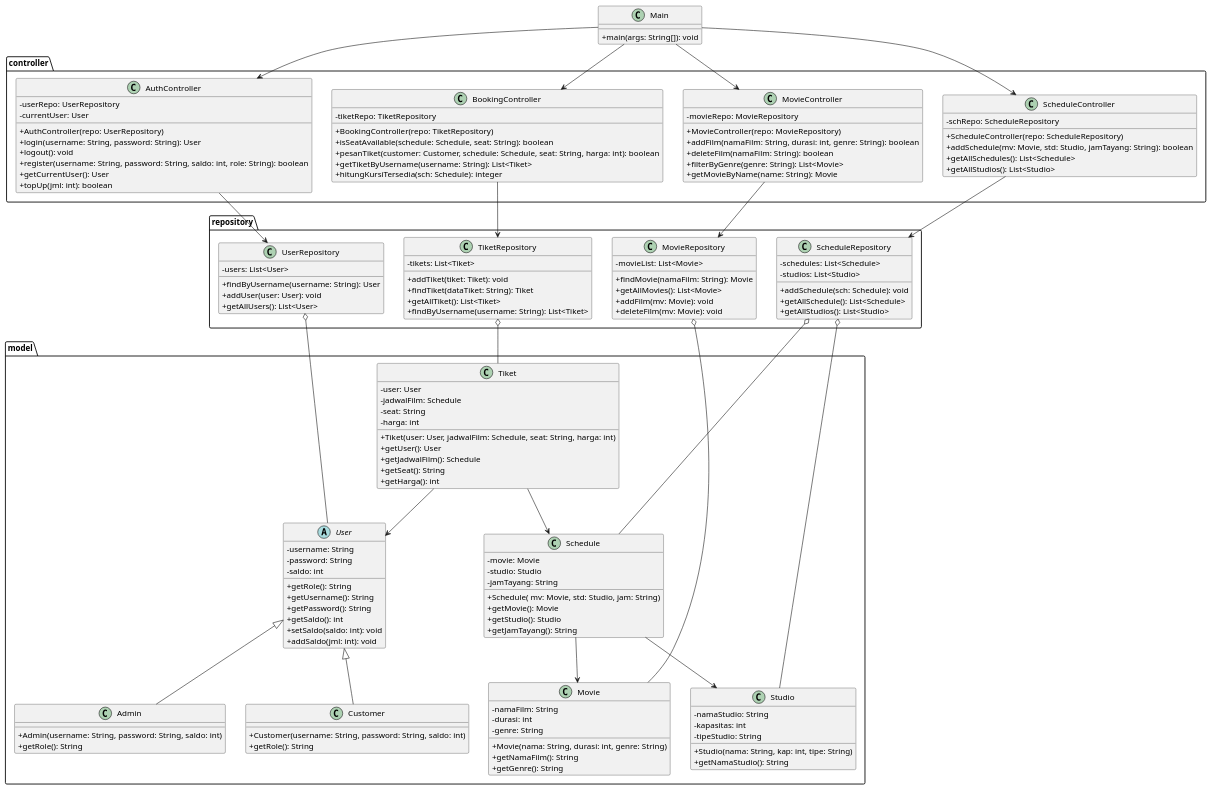
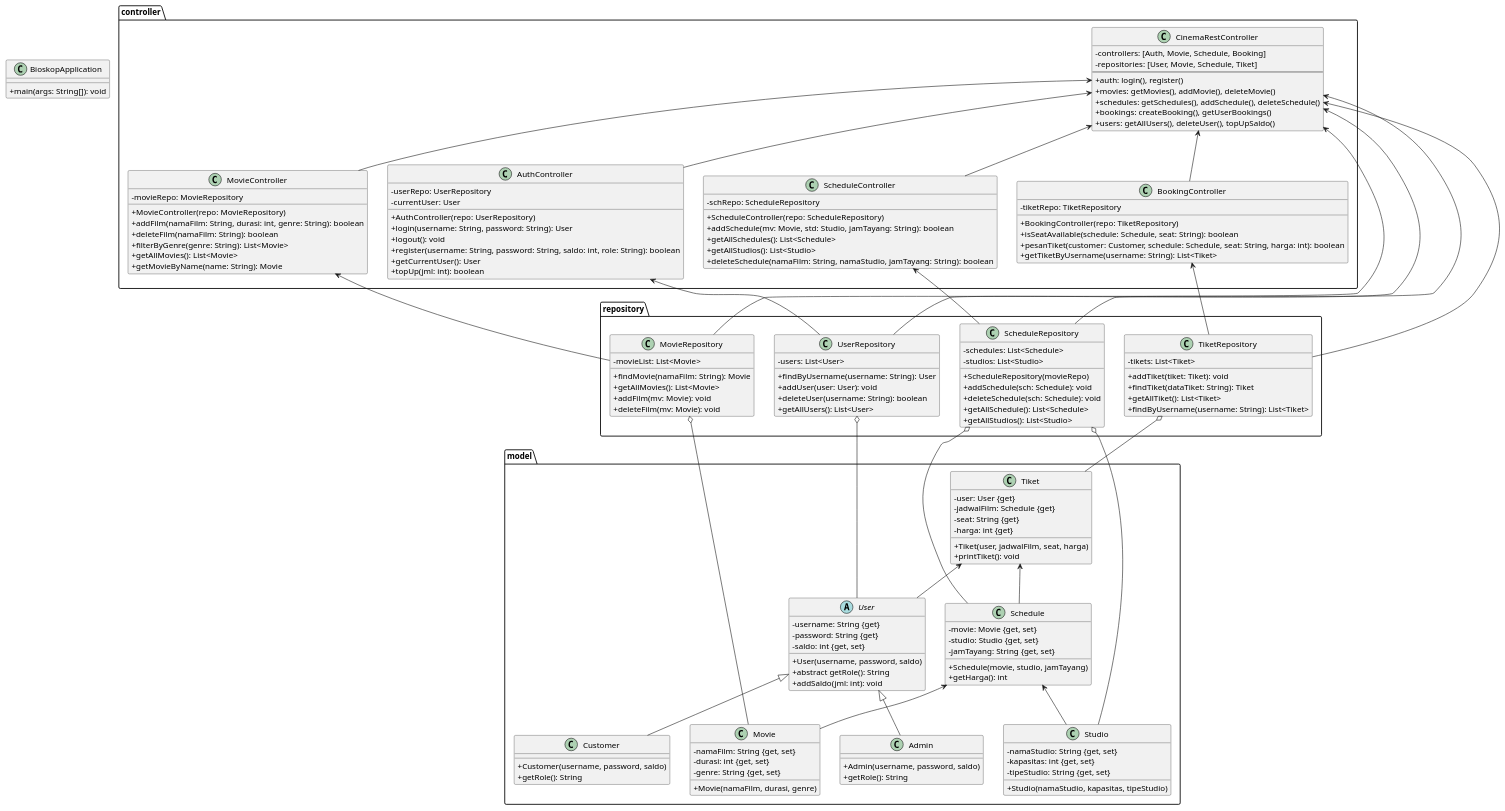
The diagram in diagram.plantuml (sulivancahyadi760-maker/sistem-tiket-bioskop), drawn with PlantUML before and after one commit. The commit also changed 7 other files, not shown here.

Commit message:
update: readme and uml

```diff
--- a/diagram.plantuml
+++ b/diagram.plantuml
@@ -1,167 +1,177 @@
 @startuml tiket
 skinparam classAttributeIconSize 0
 
-class Main {
+class BioskopApplication {
     + main(args: String[]): void
 }
 
 package controller {
     class AuthController {
         - userRepo: UserRepository
         - currentUser: User
         + AuthController(repo: UserRepository)
         + login(username: String, password: String): User
         + logout(): void
         + register(username: String, password: String, saldo: int, role: String): boolean
         + getCurrentUser(): User
         + topUp(jml: int): boolean
     }
 
     class BookingController {
         - tiketRepo: TiketRepository
         + BookingController(repo: TiketRepository)
         + isSeatAvailable(schedule: Schedule, seat: String): boolean
         + pesanTiket(customer: Customer, schedule: Schedule, seat: String, harga: int): boolean
         + getTiketByUsername(username: String): List<Tiket>
-        + hitungKursiTersedia(sch: Schedule): integer
     }
 
     class ScheduleController {
         - schRepo: ScheduleRepository
         + ScheduleController(repo: ScheduleRepository)
         + addSchedule(mv: Movie, std: Studio, jamTayang: String): boolean
         + getAllSchedules(): List<Schedule>
         + getAllStudios(): List<Studio>
+        + deleteSchedule(namaFilm: String, namaStudio, jamTayang: String): boolean
     }
 
     class MovieController {
         - movieRepo: MovieRepository
         + MovieController(repo: MovieRepository)
         + addFilm(namaFilm: String, durasi: int, genre: String): boolean
         + deleteFilm(namaFilm: String): boolean
         + filterByGenre(genre: String): List<Movie>
+        + getAllMovies(): List<Movie>
         + getMovieByName(name: String): Movie
     }
+
+    class CinemaRestController {
+        - controllers: [Auth, Movie, Schedule, Booking]
+        - repositories: [User, Movie, Schedule, Tiket]
+        --
+        + auth: login(), register()
+        + movies: getMovies(), addMovie(), deleteMovie()
+        + schedules: getSchedules(), addSchedule(), deleteSchedule()
+        + bookings: createBooking(), getUserBookings()
+        + users: getAllUsers(), deleteUser(), topUpSaldo()
+    }
+
 }
 
 package repository {
     class UserRepository {
         - users: List<User>
         + findByUsername(username: String): User
         + addUser(user: User): void
+        + deleteUser(username: String): boolean
         + getAllUsers(): List<User>
+    }
+
+    class MovieRepository {
+        - movieList: List<Movie>
+        + findMovie(namaFilm: String): Movie
+        + getAllMovies(): List<Movie>
+        + addFilm(mv: Movie): void
+        + deleteFilm(mv: Movie): void
+    }
+
+    class ScheduleRepository {
+        - schedules: List<Schedule>
+        - studios: List<Studio>
+        + ScheduleRepository(movieRepo)
+        + addSchedule(sch: Schedule): void
+        + deleteSchedule(sch: Schedule): void
+        + getAllSchedule(): List<Schedule>
+        + getAllStudios(): List<Studio>
     }
 
     class TiketRepository {
         - tikets: List<Tiket>
         + addTiket(tiket: Tiket): void
         + findTiket(dataTiket: String): Tiket
         + getAllTiket(): List<Tiket>
         + findByUsername(username: String): List<Tiket>
     }
-
-    class ScheduleRepository {
-        - schedules: List<Schedule>
-        - studios: List<Studio>
-        + addSchedule(sch: Schedule): void
-        + getAllSchedule(): List<Schedule>
-        + getAllStudios(): List<Studio>
-    }
-
-    class MovieRepository {
-        - movieList: List<Movie>
-        + findMovie(namaFilm: String): Movie
-        + getAllMovies(): List<Movie>
-        + addFilm(mv: Movie): void
-        + deleteFilm(mv: Movie): void
-    }
 }
 
 package model {
     abstract class User {
-        - username: String
-        - password: String
-        - saldo: int
-        + getRole(): String
-        + getUsername(): String
-        + getPassword(): String
-        + getSaldo(): int
-        + setSaldo(saldo: int): void
+        - username: String {get}
+        - password: String {get}
+        - saldo: int {get, set}
+        + User(username, password, saldo)
+        + abstract getRole(): String
         + addSaldo(jml: int): void
     }
 
     class Admin {
-        + Admin(username: String, password: String, saldo: int)
+        + Admin(username, password, saldo)
         + getRole(): String
     }
 
     class Customer {
-        + Customer(username: String, password: String, saldo: int)
+        + Customer(username, password, saldo)
         + getRole(): String
     }
 
-    class Tiket {
-        - user: User
-        - jadwalFilm: Schedule
-        - seat: String
-        - harga: int
-        + Tiket(user: User, jadwalFilm: Schedule, seat: String, harga: int)
-        + getUser(): User
-        + getJadwalFilm(): Schedule
-        + getSeat(): String
+    class Movie {
+        - namaFilm: String {get, set}
+        - durasi: int {get, set}
+        - genre: String {get, set}
+        + Movie(namaFilm, durasi, genre)
+    }
+
+    class Studio {
+        - namaStudio: String {get, set}
+        - kapasitas: int {get, set}
+        - tipeStudio: String {get, set}
+        + Studio(namaStudio, kapasitas, tipeStudio)
+    }
+
+    class Schedule {
+        - movie: Movie {get, set}
+        - studio: Studio {get, set}
+        - jamTayang: String {get, set}
+        + Schedule(movie, studio, jamTayang)
         + getHarga(): int
     }
 
-    class Schedule {
-        - movie: Movie
-        - studio: Studio
-        - jamTayang: String
-        + Schedule( mv: Movie, std: Studio, jam: String)
-        + getMovie(): Movie
-        + getStudio(): Studio
-        + getJamTayang(): String
-    }
-
-    class Studio {
-        - namaStudio: String
-        - kapasitas: int
-        - tipeStudio: String
-        + Studio(nama: String, kap: int, tipe: String)
-        + getNamaStudio(): String
-    }
-
-    class Movie {
-        - namaFilm: String
-        - durasi: int
-        - genre: String
-        + Movie(nama: String, durasi: int, genre: String)
-        + getNamaFilm(): String
-        + getGenre(): String
+    class Tiket {
+        - user: User {get}
+        - jadwalFilm: Schedule {get}
+        - seat: String {get}
+        - harga: int {get}
+        + Tiket(user, jadwalFilm, seat, harga)
+        + printTiket(): void
     }
 }
 
-Main --> AuthController
-Main --> MovieController
-Main --> ScheduleController
-Main --> BookingController
+CinemaRestController <-- AuthController
+CinemaRestController <-- MovieController
+CinemaRestController <-- ScheduleController
+CinemaRestController <-- BookingController
+CinemaRestController <-- MovieRepository
+CinemaRestController <-- ScheduleRepository
+CinemaRestController <-- UserRepository
+CinemaRestController <-- TiketRepository
 
-AuthController --> UserRepository
-BookingController --> TiketRepository
-ScheduleController --> ScheduleRepository
-MovieController --> MovieRepository
+AuthController <-- UserRepository
+BookingController <-- TiketRepository
+ScheduleController <-- ScheduleRepository
+MovieController <-- MovieRepository
 
 UserRepository o-- User
 TiketRepository o-- Tiket
 ScheduleRepository o-- Schedule
 ScheduleRepository o-- Studio
 MovieRepository o-- Movie
 
 User <|-- Admin
 User <|-- Customer
 
-Tiket --> User
-Tiket --> Schedule
-Schedule --> Movie
-Schedule --> Studio
+Tiket <-- User
+Tiket <-- Schedule
+Schedule <-- Movie
+Schedule <-- Studio
+
 
 @enduml
```
